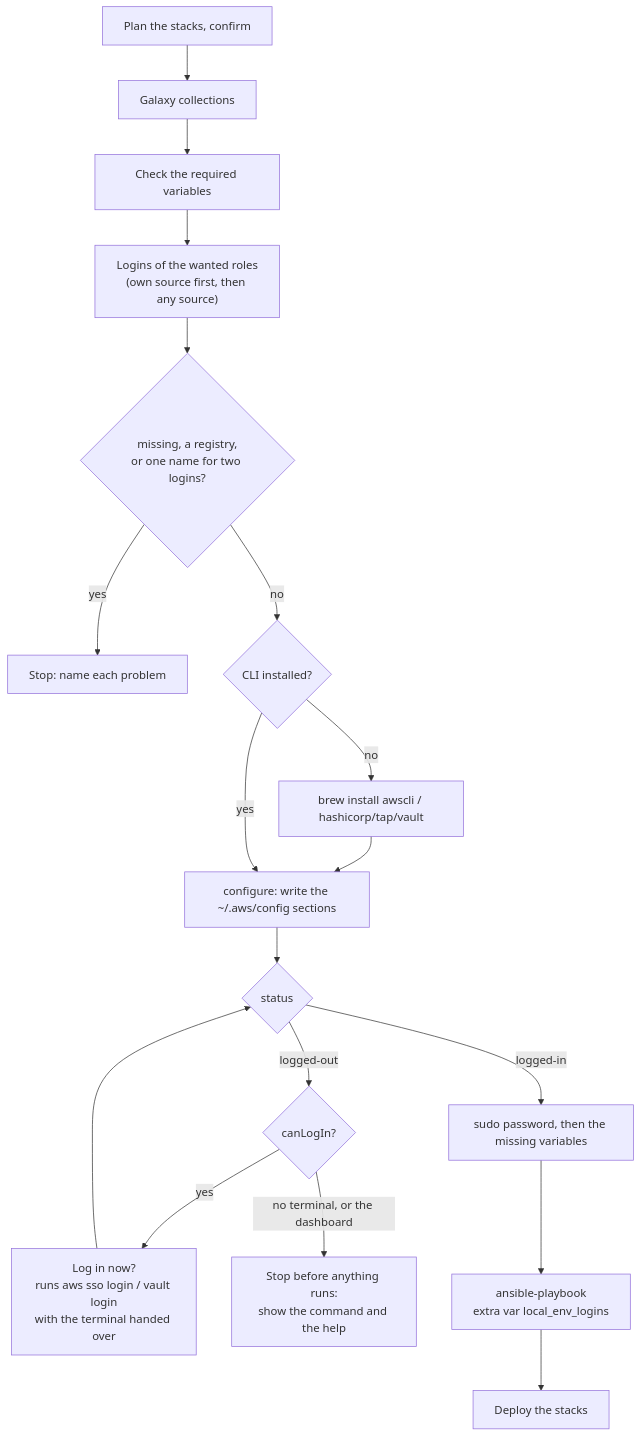
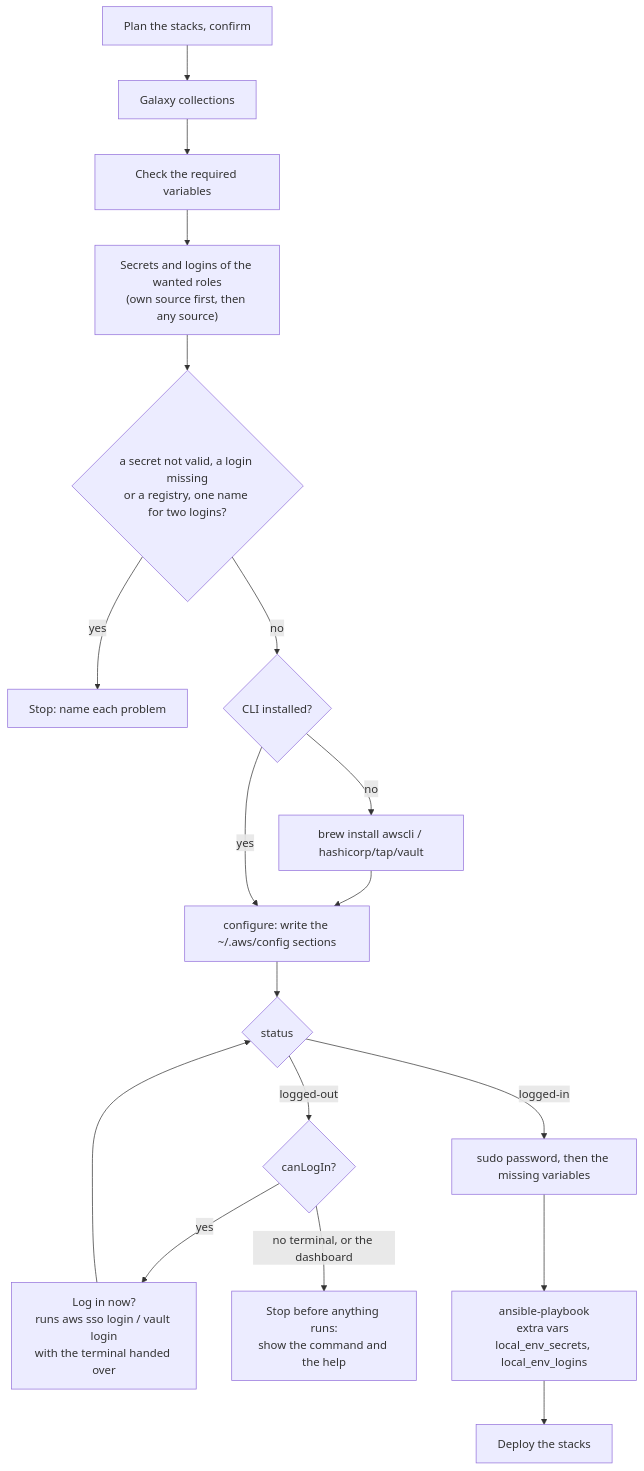
One commit to cgaube/local-env changed the second of 2 diagrams in docs/3-how-it-works/logins.md. Above: the diagram before and after it, drawn with Mermaid. The commit also changed other lines of this file and 23 other files, not shown here.

Commit message:
let roles declare their secrets and read them with a lookup

````diff
--- a/docs/3-how-it-works/logins.md
+++ b/docs/3-how-it-works/logins.md
@@ -168,20 +220,20 @@
 ```mermaid
 flowchart TD
   plan["Plan the stacks, confirm"] --> galaxy["Galaxy collections"]
   galaxy --> inputs["Check the required variables"]
-  inputs --> collect["Logins of the wanted roles<br/>(own source first, then any source)"]
-  collect --> clash{"missing, a registry,<br/>or one name for two logins?"}
+  inputs --> collect["Secrets and logins of the wanted roles<br/>(own source first, then any source)"]
+  collect --> clash{"a secret not valid, a login missing<br/>or a registry, one name for two logins?"}
   clash -- yes --> stopclash["Stop: name each problem"]
   clash -- no --> cli{"CLI installed?"}
   cli -- no --> brew["brew install awscli / hashicorp/tap/vault"]
   brew --> configure
   cli -- yes --> configure["configure: write the ~/.aws/config sections"]
   configure --> status{"status"}
   status -- logged-in --> sudo
   status -- logged-out --> ask{"canLogIn?"}
   ask -- yes --> login["Log in now?<br/>runs aws sso login / vault login<br/>with the terminal handed over"]
   login --> status
   ask -- "no terminal, or the dashboard" --> stop["Stop before anything runs:<br/>show the command and the help"]
-  sudo["sudo password, then the missing variables"] --> playbook["ansible-playbook<br/>extra var local_env_logins"]
+  sudo["sudo password, then the missing variables"] --> playbook["ansible-playbook<br/>extra vars local_env_secrets, local_env_logins"]
   playbook --> stacks["Deploy the stacks"]
 ```
````
